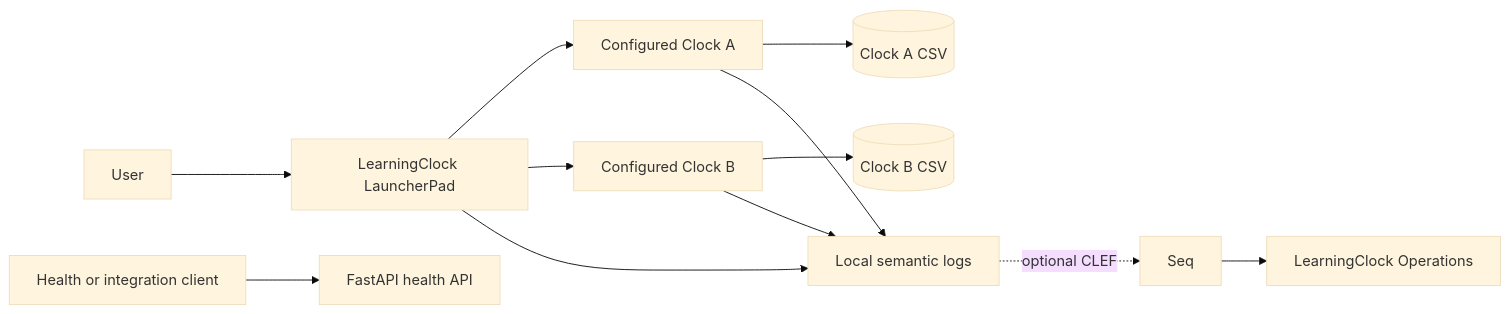
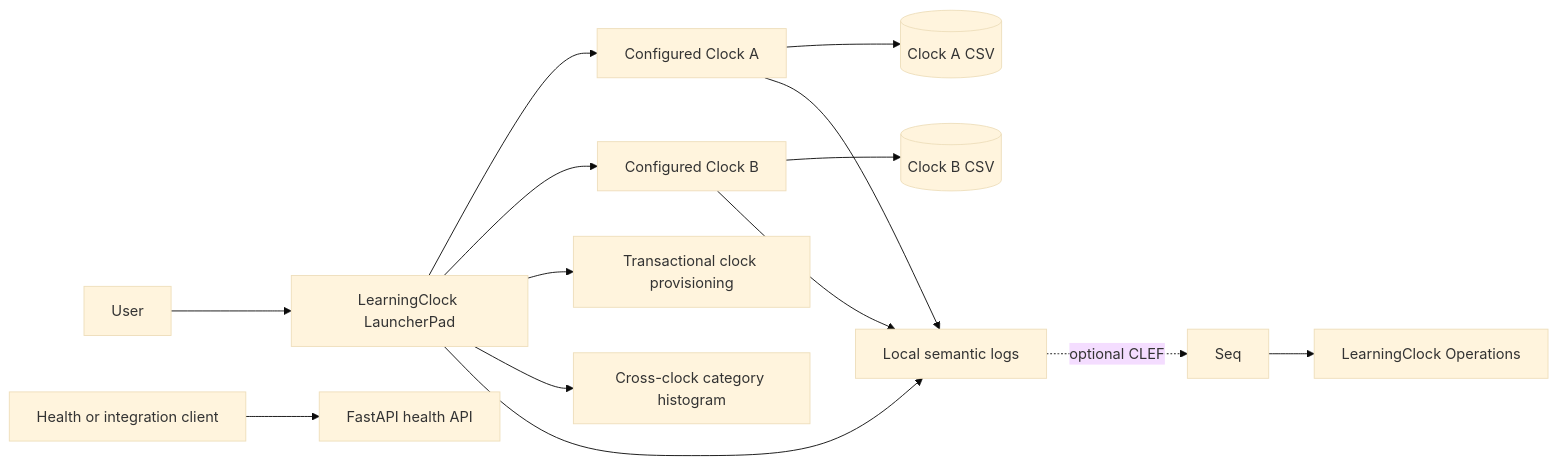
The first of 6 diagrams in diavgeia/LearningClock/6.0/Architecture/Diagrams.md (javaboy-vk/LearningClock), drawn with Mermaid (base theme) before and after one commit. The commit also changed other lines of this file and 56 other files, not shown here.

Commit message:
Updated the Launcher Pad to use the new directories, and show the files that have possible errors.

````diff
--- a/diavgeia/LearningClock/6.0/Architecture/Diagrams.md
+++ b/diavgeia/LearningClock/6.0/Architecture/Diagrams.md
@@ -9,14 +9,16 @@
 ```mermaid
 flowchart LR
     User[User] --> LauncherPad[LearningClock LauncherPad]
     LauncherPad --> ClockA[Configured Clock A]
     LauncherPad --> ClockB[Configured Clock B]
+    LauncherPad --> Provision[Transactional clock provisioning]
+    LauncherPad --> Report[Cross-clock category histogram]
     ClockA --> CsvA[(Clock A CSV)]
     ClockB --> CsvB[(Clock B CSV)]
     LauncherPad --> Logs[Local semantic logs]
     ClockA --> Logs
     ClockB --> Logs
     Logs -. optional CLEF .-> Seq[Seq]
     Seq --> Dashboard[LearningClock Operations]
     HealthClient[Health or integration client] --> API[FastAPI health API]
 ```
````
